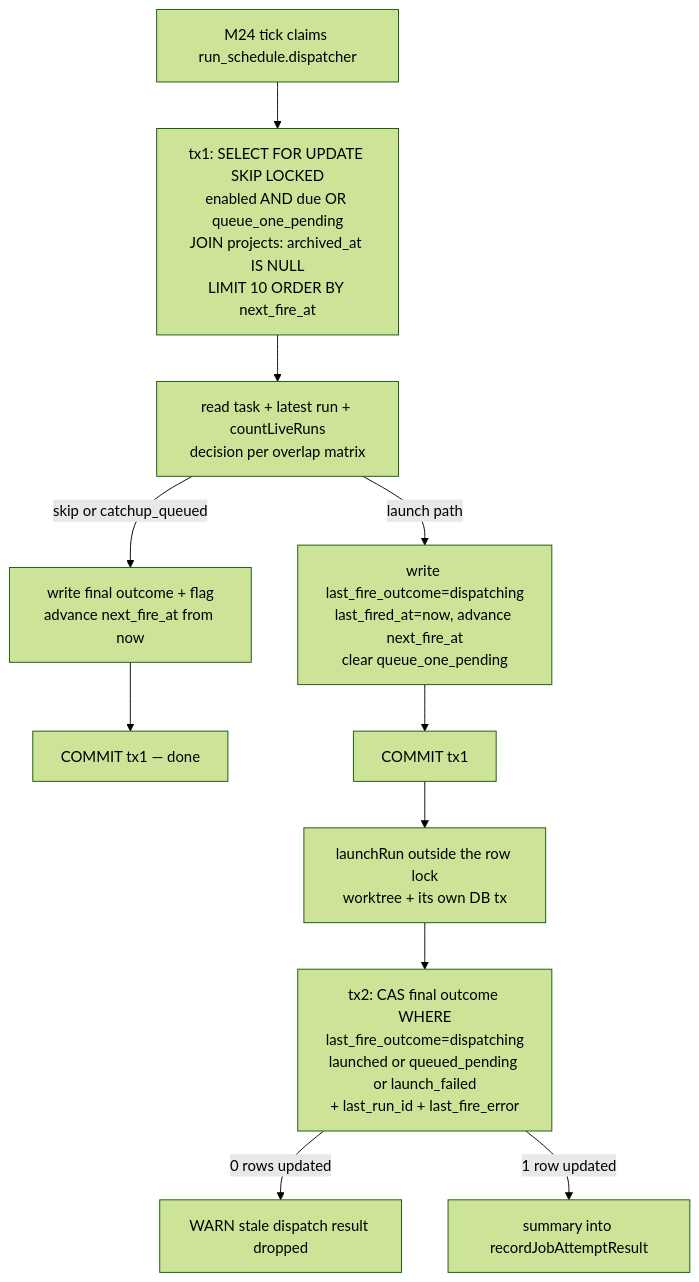
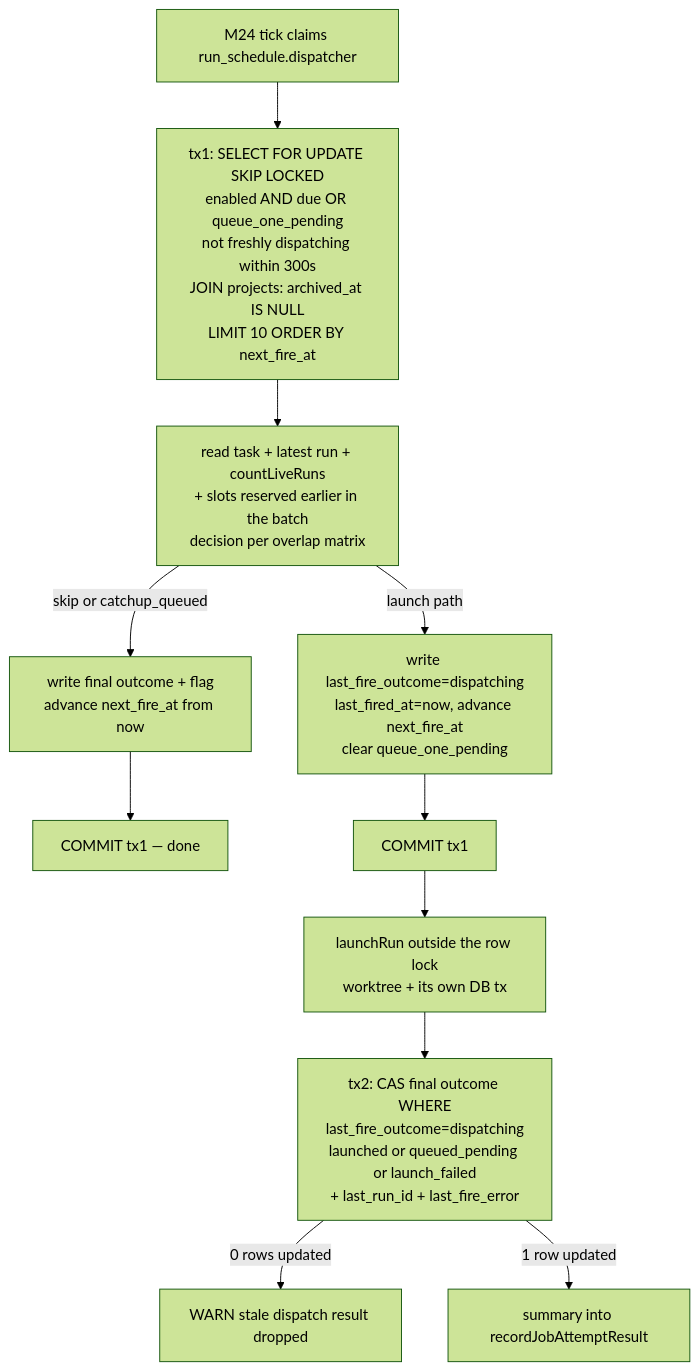
The second of 4 diagrams in docs/system-analytics/run-schedules.md (maister-dev/maister), drawn with Mermaid (forest theme) before and after one commit. The commit also changed other lines of this file and 4 other files, not shown here.

First line of the commit message:
fix(run-schedules): batch cap reservation + tick fresh-dispatching guard + start_anyway copy

````diff
--- a/docs/system-analytics/run-schedules.md
+++ b/docs/system-analytics/run-schedules.md
@@ -73,13 +73,13 @@
 ```mermaid
 flowchart TD
-    Tick[M24 tick claims run_schedule.dispatcher] --> Claim[tx1: SELECT FOR UPDATE SKIP LOCKED<br/>enabled AND due OR queue_one_pending<br/>JOIN projects: archived_at IS NULL<br/>LIMIT 10 ORDER BY next_fire_at]
-    Claim --> Decide[read task + latest run + countLiveRuns<br/>decision per overlap matrix]
+    Tick[M24 tick claims run_schedule.dispatcher] --> Claim[tx1: SELECT FOR UPDATE SKIP LOCKED<br/>enabled AND due OR queue_one_pending<br/>not freshly dispatching within 300s<br/>JOIN projects: archived_at IS NULL<br/>LIMIT 10 ORDER BY next_fire_at]
+    Claim --> Decide[read task + latest run + countLiveRuns<br/>+ slots reserved earlier in the batch<br/>decision per overlap matrix]
     Decide -- skip or catchup_queued --> NonLaunch[write final outcome + flag<br/>advance next_fire_at from now]
     NonLaunch --> Commit1[COMMIT tx1 — done]
     Decide -- launch path --> Intent[write last_fire_outcome=dispatching<br/>last_fired_at=now, advance next_fire_at<br/>clear queue_one_pending]
     Intent --> Commit2[COMMIT tx1]
     Commit2 --> Launch[launchRun outside the row lock<br/>worktree + its own DB tx]
     Launch --> Tx2[tx2: CAS final outcome WHERE<br/>last_fire_outcome=dispatching<br/>launched or queued_pending or launch_failed<br/>+ last_run_id + last_fire_error]
     Tx2 -- 0 rows updated --> Stale[WARN stale dispatch result dropped]
     Tx2 -- 1 row updated --> Done[summary into recordJobAttemptResult]
 ```
````
